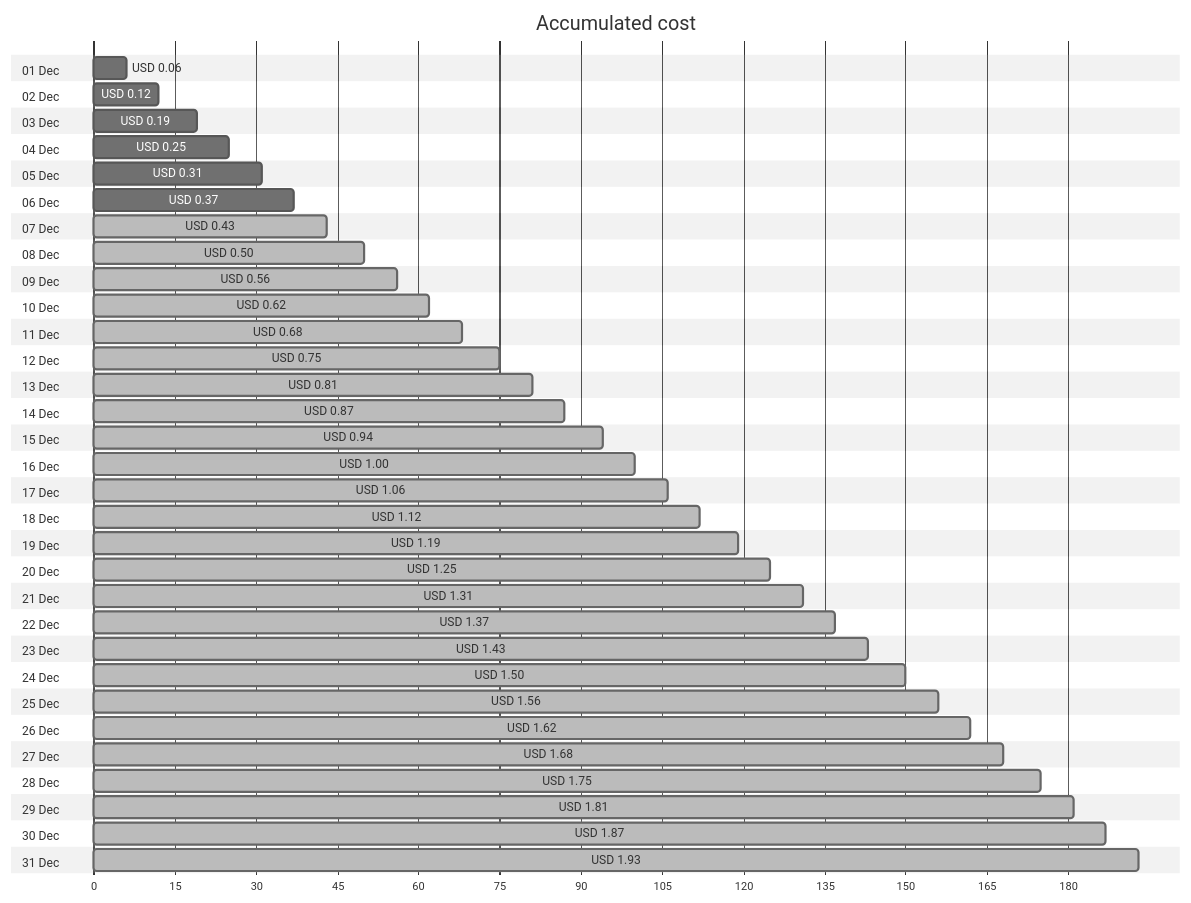
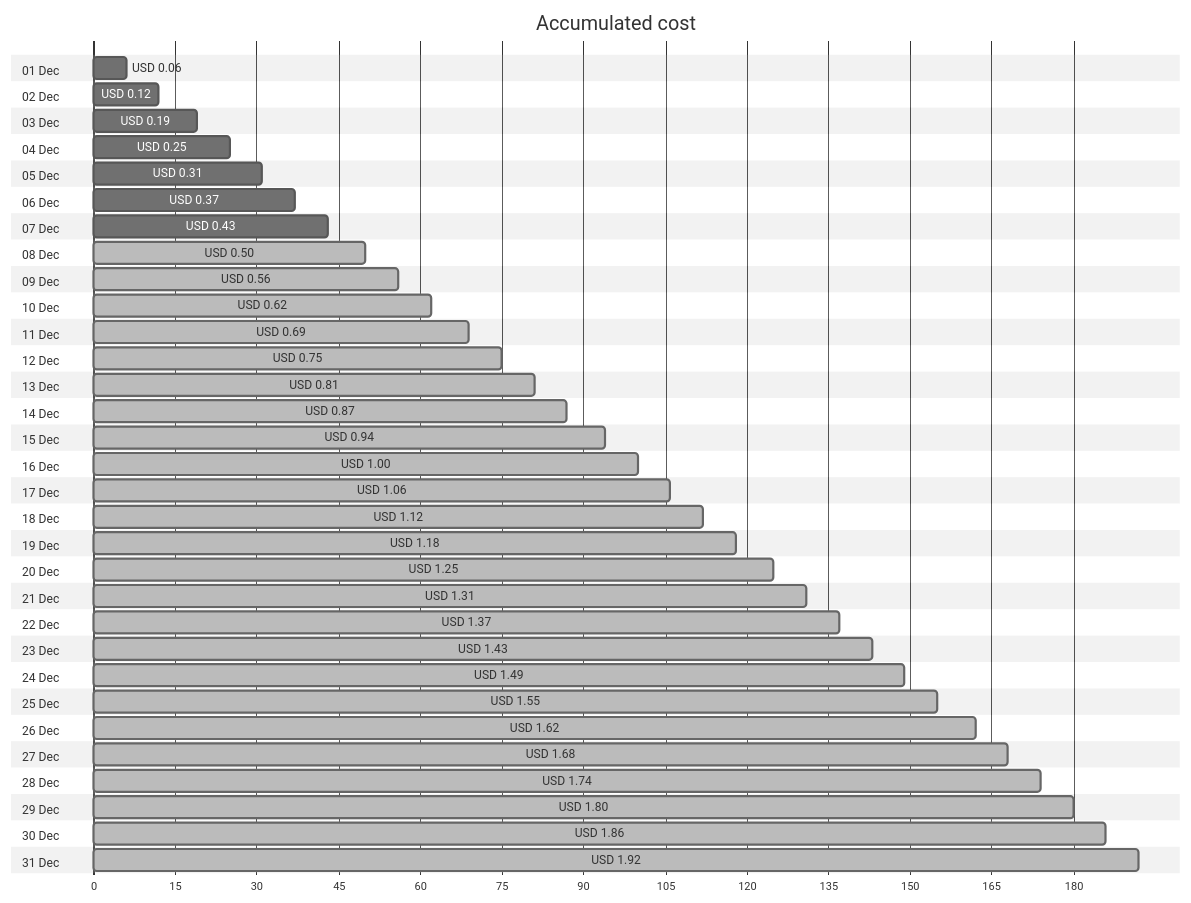
One commit to jpfulton/azure-personal-reports changed the first of 4 diagrams in cost-reports/personal-network/vpn-server_OsDisk.md. Above: the diagram before and after it, drawn with Mermaid (neutral theme). The commit also changed other lines of this file and 8 other files, not shown here.

````diff
--- a/cost-reports/personal-network/vpn-server_OsDisk.md
+++ b/cost-reports/personal-network/vpn-server_OsDisk.md
@@ -20,68 +20,68 @@
 ```mermaid
 gantt
    title Accumulated cost
    dateFormat  X
    axisFormat %s
    section 01 Dec
    USD 0.06 :0, 6
    section 02 Dec
    USD 0.12 :0, 12
    section 03 Dec
    USD 0.19 :0, 19
    section 04 Dec
    USD 0.25 :0, 25
    section 05 Dec
    USD 0.31 :0, 31
    section 06 Dec
    USD 0.37 :0, 37
    section 07 Dec
-   USD 0.43 : done, 0, 43
+   USD 0.43 :0, 43
    section 08 Dec
    USD 0.50 : done, 0, 50
    section 09 Dec
    USD 0.56 : done, 0, 56
    section 10 Dec
    USD 0.62 : done, 0, 62
    section 11 Dec
-   USD 0.68 : done, 0, 68
+   USD 0.69 : done, 0, 69
    section 12 Dec
    USD 0.75 : done, 0, 75
    section 13 Dec
    USD 0.81 : done, 0, 81
    section 14 Dec
    USD 0.87 : done, 0, 87
    section 15 Dec
    USD 0.94 : done, 0, 94
    section 16 Dec
    USD 1.00 : done, 0, 100
    section 17 Dec
    USD 1.06 : done, 0, 106
    section 18 Dec
    USD 1.12 : done, 0, 112
    section 19 Dec
-   USD 1.19 : done, 0, 119
+   USD 1.18 : done, 0, 118
    section 20 Dec
    USD 1.25 : done, 0, 125
    section 21 Dec
    USD 1.31 : done, 0, 131
    section 22 Dec
    USD 1.37 : done, 0, 137
    section 23 Dec
    USD 1.43 : done, 0, 143
    section 24 Dec
-   USD 1.50 : done, 0, 150
+   USD 1.49 : done, 0, 149
    section 25 Dec
-   USD 1.56 : done, 0, 156
+   USD 1.55 : done, 0, 155
    section 26 Dec
    USD 1.62 : done, 0, 162
    section 27 Dec
    USD 1.68 : done, 0, 168
    section 28 Dec
-   USD 1.75 : done, 0, 175
+   USD 1.74 : done, 0, 174
    section 29 Dec
-   USD 1.81 : done, 0, 181
+   USD 1.80 : done, 0, 180
    section 30 Dec
-   USD 1.87 : done, 0, 187
+   USD 1.86 : done, 0, 186
    section 31 Dec
-   USD 1.93 : done, 0, 193
+   USD 1.92 : done, 0, 192
 ```
````
